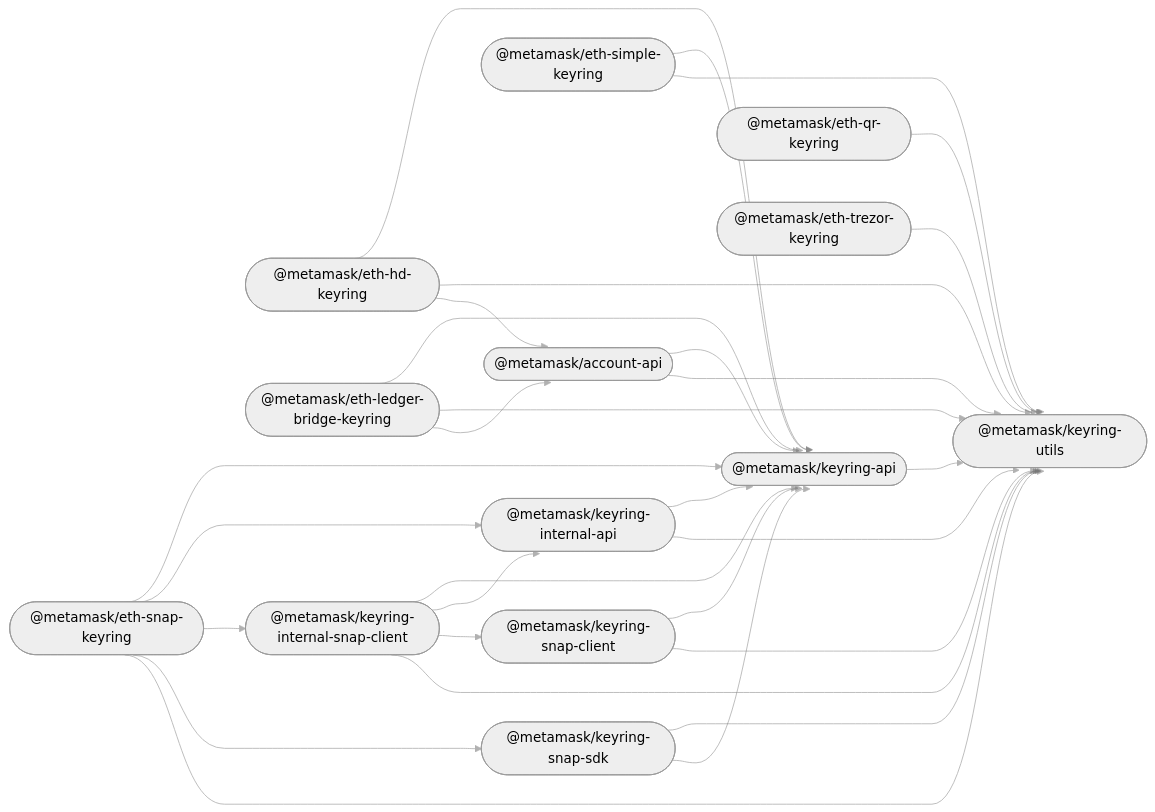
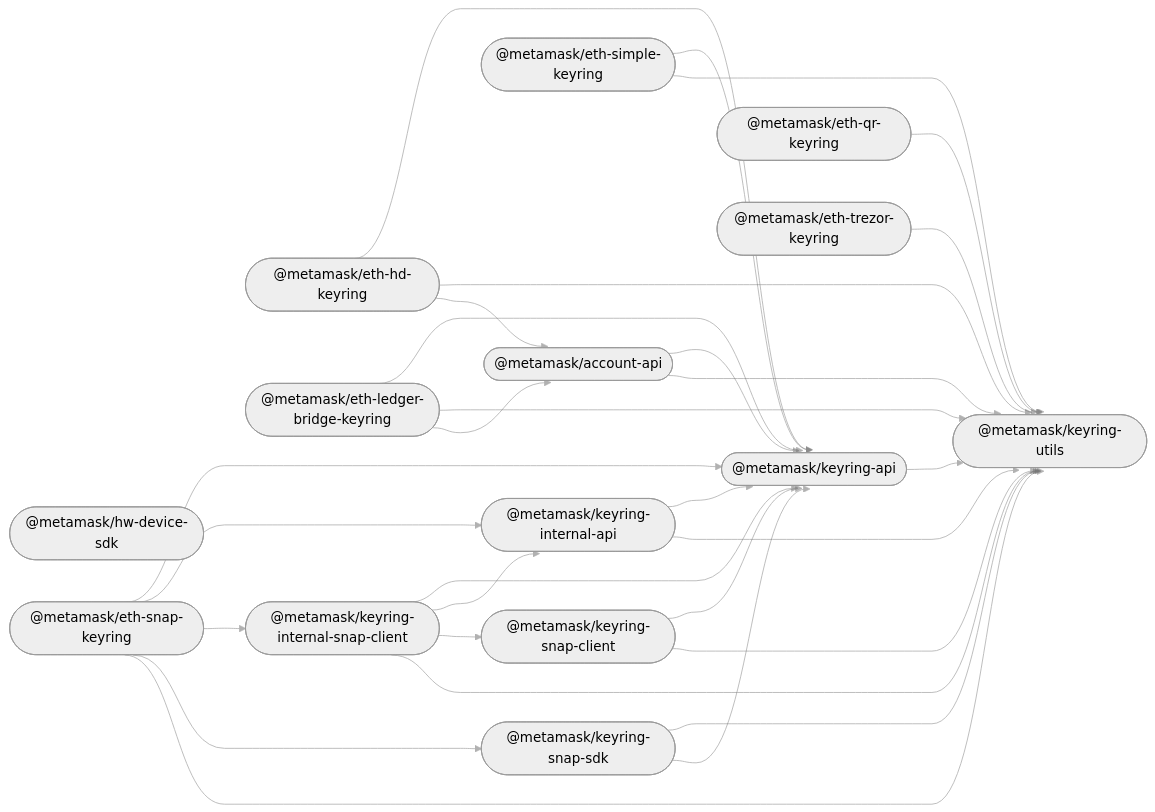
One commit to MetaMask/accounts changed the diagram in README.md. Above: the diagram before and after it, drawn with Mermaid (neutral theme). The commit also changed other lines of this file and 12 other files, not shown here.

First line of the commit message:
feat: add hw-device-sdk default package skeleton (#427)

````diff
--- a/README.md
+++ b/README.md
@@ -35,46 +36,47 @@
 ```mermaid
 %%{ init: { 'flowchart': { 'curve': 'bumpX' } } }%%
 graph LR;
 linkStyle default opacity:0.5
   account_api(["@metamask/account-api"]);
+  hw_device_sdk(["@metamask/hw-device-sdk"]);
   keyring_api(["@metamask/keyring-api"]);
   eth_hd_keyring(["@metamask/eth-hd-keyring"]);
   eth_ledger_bridge_keyring(["@metamask/eth-ledger-bridge-keyring"]);
   eth_qr_keyring(["@metamask/eth-qr-keyring"]);
   eth_simple_keyring(["@metamask/eth-simple-keyring"]);
   eth_trezor_keyring(["@metamask/eth-trezor-keyring"]);
   keyring_internal_api(["@metamask/keyring-internal-api"]);
   keyring_internal_snap_client(["@metamask/keyring-internal-snap-client"]);
   eth_snap_keyring(["@metamask/eth-snap-keyring"]);
   keyring_snap_client(["@metamask/keyring-snap-client"]);
   keyring_snap_sdk(["@metamask/keyring-snap-sdk"]);
   keyring_utils(["@metamask/keyring-utils"]);
   account_api --> keyring_api;
   account_api --> keyring_utils;
   keyring_api --> keyring_utils;
   eth_hd_keyring --> keyring_api;
   eth_hd_keyring --> keyring_utils;
   eth_hd_keyring --> account_api;
   eth_ledger_bridge_keyring --> keyring_api;
   eth_ledger_bridge_keyring --> keyring_utils;
   eth_ledger_bridge_keyring --> account_api;
   eth_qr_keyring --> keyring_utils;
   eth_simple_keyring --> keyring_api;
   eth_simple_keyring --> keyring_utils;
   eth_trezor_keyring --> keyring_utils;
   keyring_internal_api --> keyring_api;
   keyring_internal_api --> keyring_utils;
   keyring_internal_snap_client --> keyring_api;
   keyring_internal_snap_client --> keyring_internal_api;
   keyring_internal_snap_client --> keyring_snap_client;
   keyring_internal_snap_client --> keyring_utils;
   eth_snap_keyring --> keyring_api;
   eth_snap_keyring --> keyring_internal_api;
   eth_snap_keyring --> keyring_internal_snap_client;
   eth_snap_keyring --> keyring_snap_sdk;
   eth_snap_keyring --> keyring_utils;
   keyring_snap_client --> keyring_api;
   keyring_snap_client --> keyring_utils;
   keyring_snap_sdk --> keyring_utils;
   keyring_snap_sdk --> keyring_api;
 ```
````
